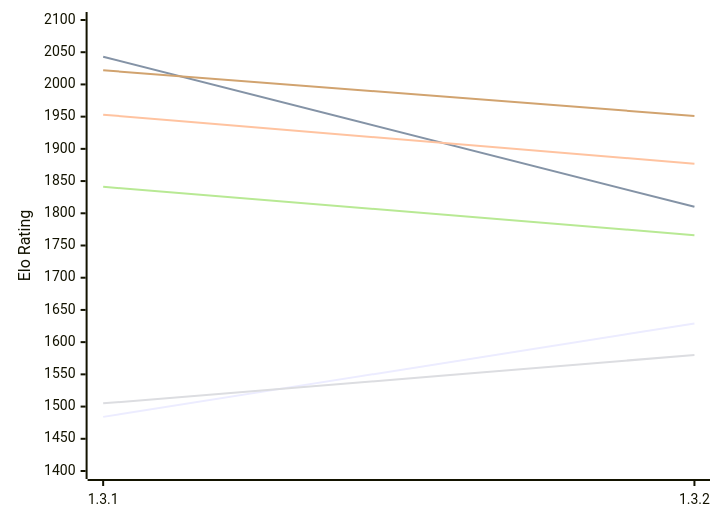
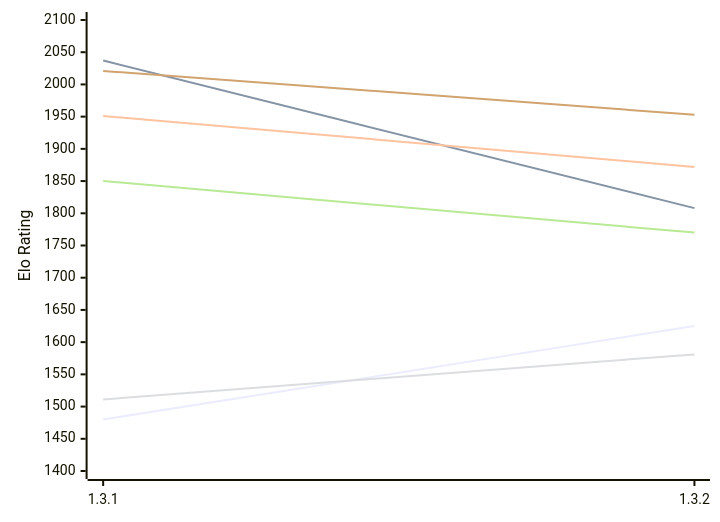
One commit to computer-chess-index/cci changed the first of 2 diagrams in engines/Zugblitz.md. Above: the diagram before and after it, drawn with Mermaid. The commit also changed other lines of this file, not shown here.

Commit message:
Update CCI Ratings (ELO VLTC) - 2026-11-21

````diff
--- a/engines/Zugblitz.md
+++ b/engines/Zugblitz.md
@@ -50,12 +50,12 @@
 ```mermaid
 %%{init: {"theme":"base","themeVariables":{"seriesColors:['#a3a3a3','#222221','#faa371']}}}%%
 xychart-beta
   x-axis ["1.3.1", "1.3.2"]
   y-axis "Elo Rating" 1400 --> 2100
-  line "E1: STC (8.0+0.08s)" [1484, 1629]
-  line "E1: LTC (60.0+0.60s)" [2043, 1810]
-  line "E1: VLTC (2m24s+1.12s)" [1953, 1877]
-  line "P1: STC (8.0+0.08s)" [1505, 1580]
-  line "P1: LTC (60.0+0.60s)" [1841, 1766]
-  line "P1: VLTC (2m24s+1.12s)" [2022, 1951]
+  line "E1: STC (8.0+0.08s)" [1480, 1625]
+  line "E1: LTC (60.0+0.60s)" [2037, 1808]
+  line "E1: VLTC (2m24s+1.12s)" [1951, 1872]
+  line "P1: STC (8.0+0.08s)" [1511, 1581]
+  line "P1: LTC (60.0+0.60s)" [1850, 1770]
+  line "P1: VLTC (2m24s+1.12s)" [2021, 1953]
 ```
````
